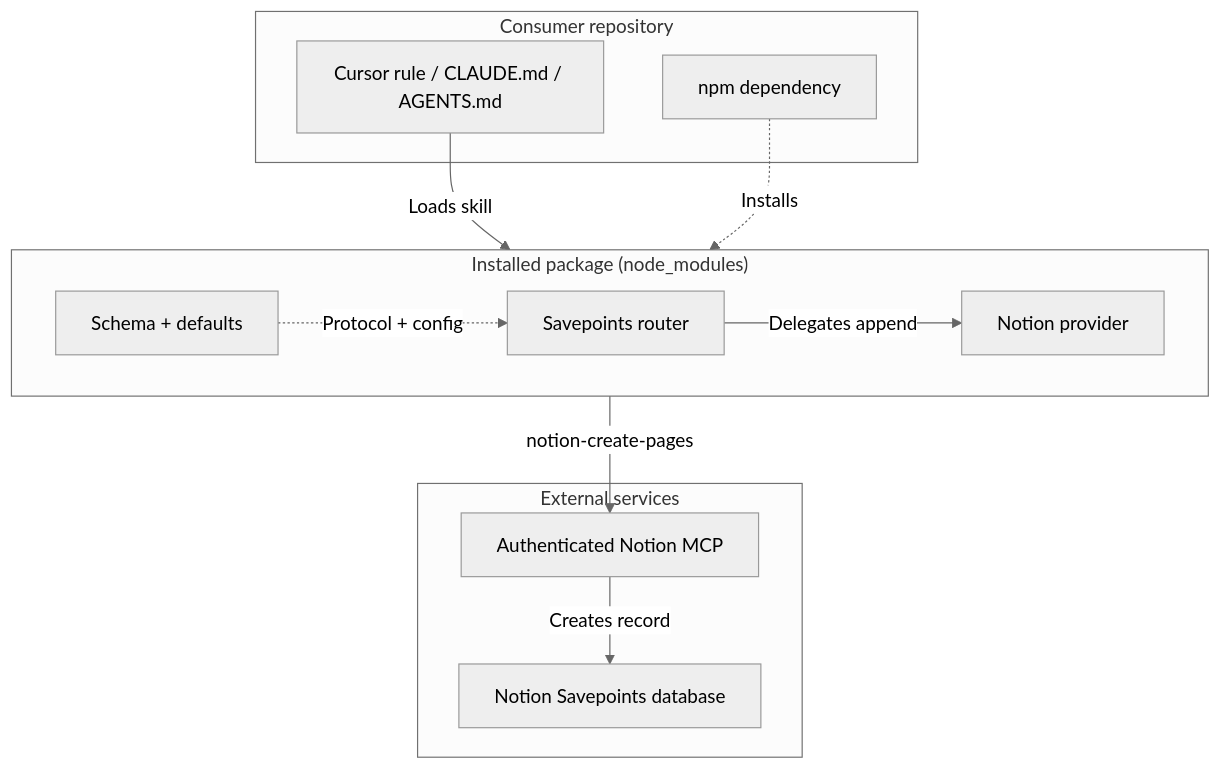
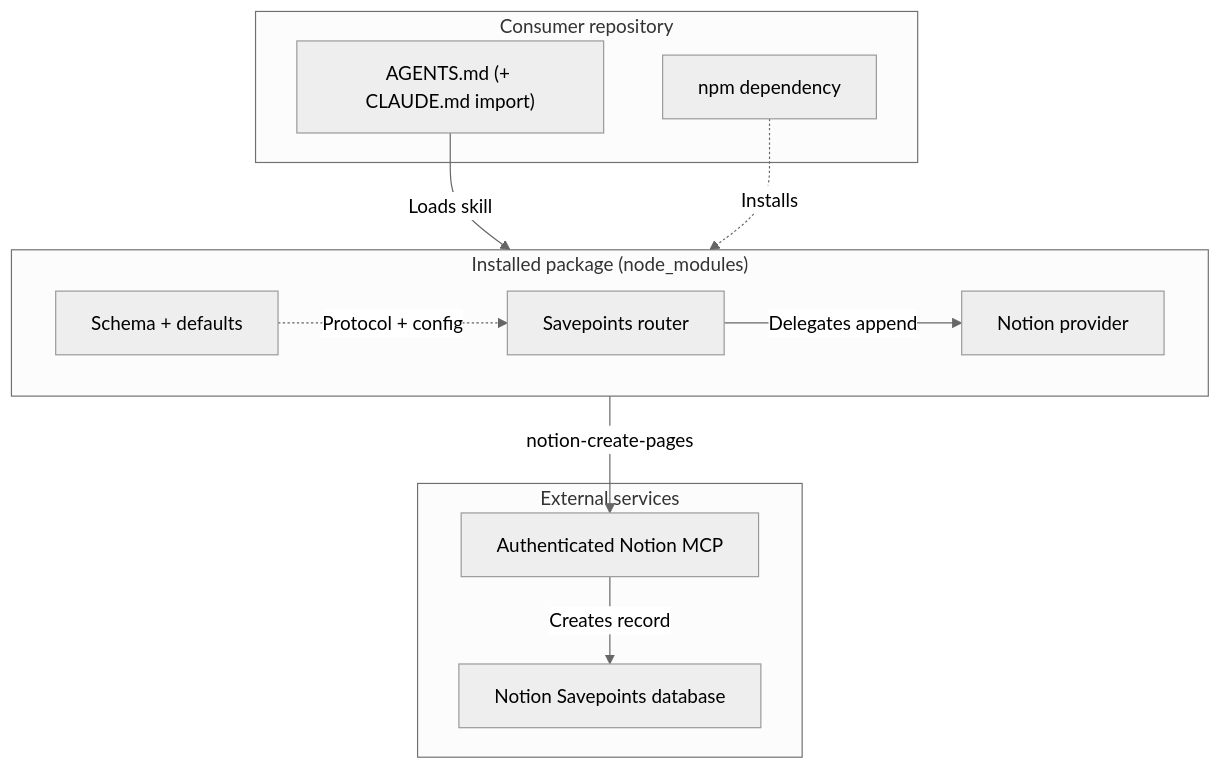
The diagram in docs/architecture.md (multipliers-dev/savepoints-lite), drawn with Mermaid (neutral theme) before and after one commit. The commit also changed other lines of this file and 11 other files, not shown here.

First line of the commit message:
Consolidate Savepoints Lite activation into AGENTS.md only.

````diff
--- a/docs/architecture.md
+++ b/docs/architecture.md
@@ -7,27 +7,27 @@
 ```mermaid
 flowchart TB
     subgraph Consumer["Consumer repository"]
-        Activation["Cursor rule / CLAUDE.md / AGENTS.md"]
+        Activation["AGENTS.md (+ CLAUDE.md import)"]
         Package["npm dependency"]
     end
 
     subgraph Installed["Installed package (node_modules)"]
         direction LR
         Schema["Schema + defaults"]
         Router["Savepoints router"]
         Provider["Notion provider"]
     end
 
     subgraph External["External services"]
         MCP["Authenticated Notion MCP"]
         Database["Notion Savepoints database"]
     end
 
     Package -.->|"Installs"| Installed
 
     Activation -->|"Loads skill"| Router
     Schema -.->|"Protocol + config"| Router
     Router -->|"Delegates append"| Provider
     Provider -->|"notion-create-pages"| MCP
     MCP -->|"Creates record"| Database
 ```
````
